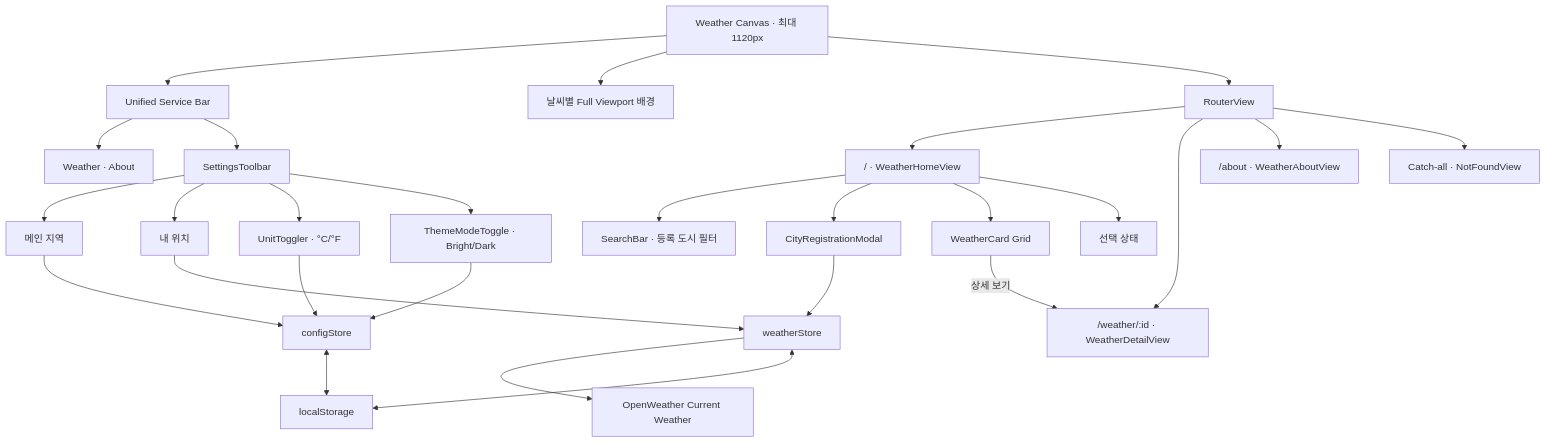
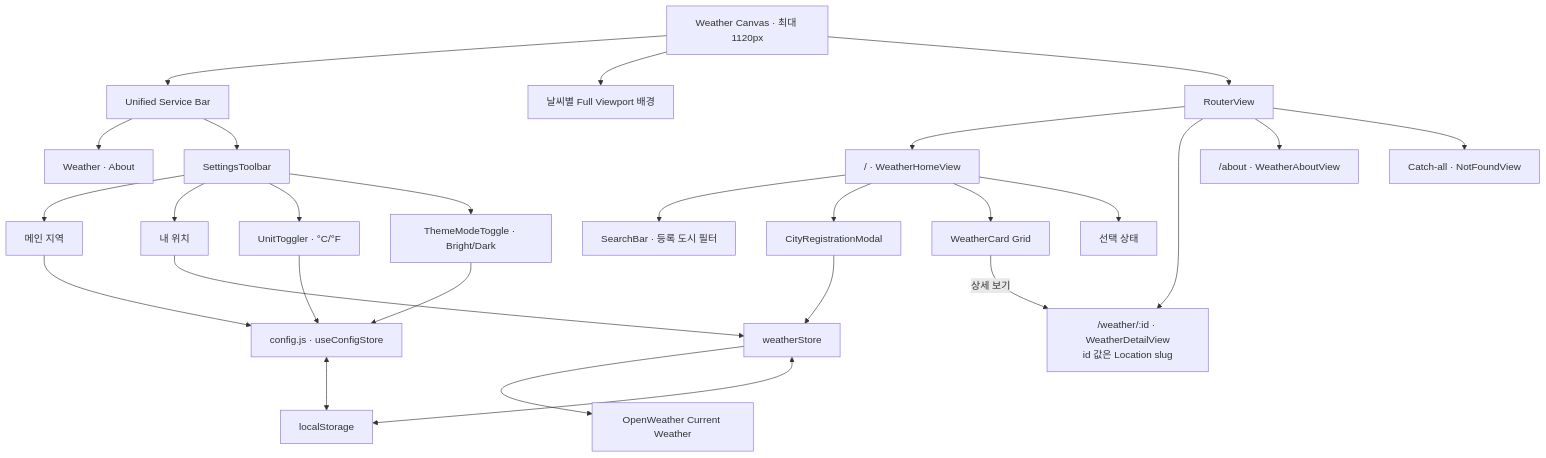
Before and after one commit to seungminoh-dev/skala-vue: the first of 2 diagrams in requirements/ia.md, drawn with Mermaid. The commit also changed other lines of this file and 17 other files, not shown here.

````diff
--- a/requirements/ia.md
+++ b/requirements/ia.md
@@ -9,54 +9,54 @@
 ```mermaid
 flowchart TD
   APP["Weather Canvas · 최대 1120px"]
   BACKGROUND["날씨별 Full Viewport 배경"]
   HEADER["Unified Service Bar"]
   NAV["Weather · About"]
   SETTINGS["SettingsToolbar"]
   PRIMARY["메인 지역"]
   CURRENT["내 위치"]
   UNIT["UnitToggler · °C/°F"]
   THEME["ThemeModeToggle · Bright/Dark"]
   OUTLET["RouterView"]
 
   HOME["/ · WeatherHomeView"]
-  DETAIL["/weather/:id · WeatherDetailView"]
+  DETAIL["/weather/:id · WeatherDetailView<br/>id 값은 Location slug"]
   ABOUT["/about · WeatherAboutView"]
   ERROR["Catch-all · NotFoundView"]
 
   SEARCH["SearchBar · 등록 도시 필터"]
   REGISTER["CityRegistrationModal"]
   GRID["WeatherCard Grid"]
   STATUS["선택 상태"]
   WEATHER_STORE["weatherStore"]
-  CONFIG_STORE["configStore"]
+  CONFIG_STORE["config.js · useConfigStore"]
   STORAGE["localStorage"]
   API["OpenWeather Current Weather"]
 
   APP --> HEADER
   APP --> BACKGROUND
   HEADER --> NAV
   HEADER --> SETTINGS
   SETTINGS --> PRIMARY
   SETTINGS --> CURRENT
   SETTINGS --> UNIT
   SETTINGS --> THEME
   APP --> OUTLET
   OUTLET --> HOME
   OUTLET --> DETAIL
   OUTLET --> ABOUT
   OUTLET --> ERROR
   HOME --> SEARCH
   HOME --> REGISTER
   HOME --> GRID
   HOME --> STATUS
   GRID -->|상세 보기| DETAIL
   PRIMARY --> CONFIG_STORE
   UNIT --> CONFIG_STORE
   THEME --> CONFIG_STORE
   CURRENT --> WEATHER_STORE
   REGISTER --> WEATHER_STORE
   WEATHER_STORE --> API
   WEATHER_STORE <--> STORAGE
   CONFIG_STORE <--> STORAGE
 ```
````
